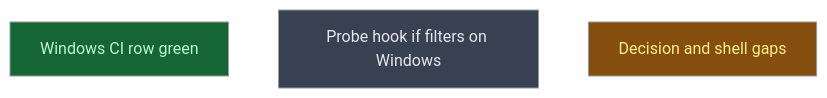
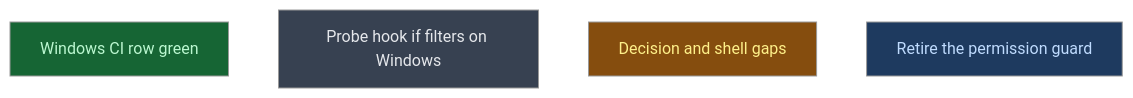
One commit to CrackingShells/Murmuration changed the diagram in __roadmap__/windows_install/README.md. Above: the diagram before and after it, drawn with Mermaid (neutral theme). The commit also changed other lines of this file and 3 other files, not shown here.

First line of the commit message:
docs(roadmap): amend windows_install to retire the permission guard (A1)

````diff
--- a/__roadmap__/windows_install/README.md
+++ b/__roadmap__/windows_install/README.md
@@ -22,11 +22,12 @@
 ```mermaid
 graph TD
     ci_green[Windows CI row green]:::done
     if_probe[Probe hook if filters on Windows]:::planned
     next[Decision and shell gaps]:::inprogress
+    retire_guard[Retire the permission guard]:::amendment
     classDef done       fill:#166534,color:#bbf7d0
     classDef inprogress fill:#854d0e,color:#fef08a
     classDef planned    fill:#374151,color:#e5e7eb
     classDef amendment  fill:#1e3a5f,color:#bfdbfe
     classDef blocked    fill:#7f1d1d,color:#fecaca
 ```
````
